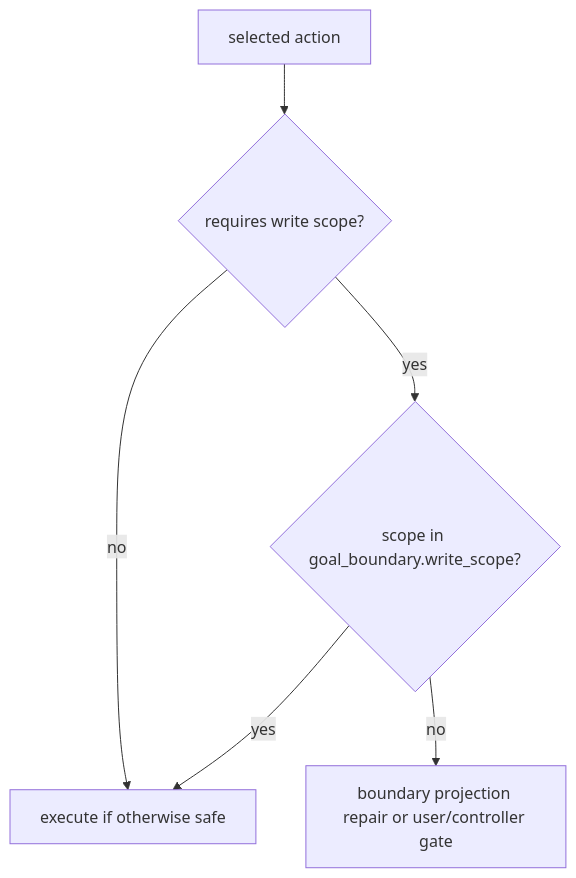
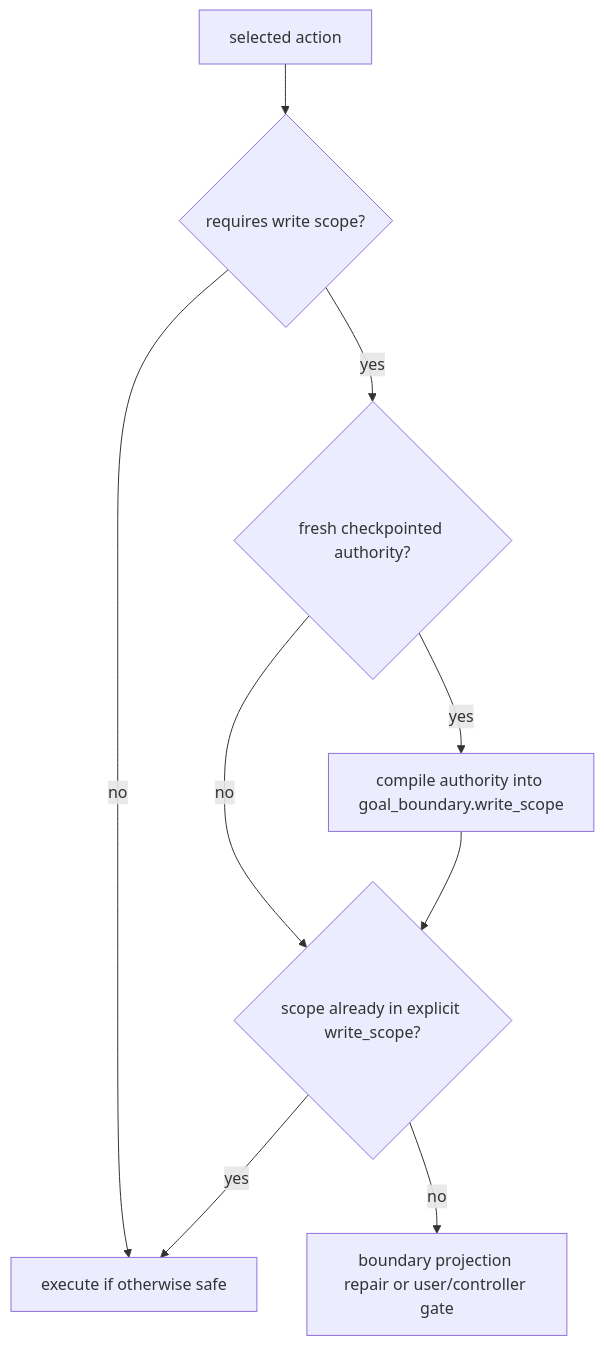
Before and after one commit to huangruiteng/goal-harness: the seventh of 11 diagrams in docs/interaction-pattern-catalog.md, drawn with Mermaid. The commit also changed other lines of this file and 4 other files, not shown here.

Commit message:
Document checkpointed boundary authority

````diff
--- a/docs/interaction-pattern-catalog.md
+++ b/docs/interaction-pattern-catalog.md
@@ -275,8 +291,11 @@
 ```mermaid
 flowchart TD
   A["selected action"] --> S{"requires write scope?"}
   S -->|"no"| E["execute if otherwise safe"]
-  S -->|"yes"| B{"scope in goal_boundary.write_scope?"}
+  S -->|"yes"| C{"fresh checkpointed authority?"}
+  C -->|"yes"| P["compile authority into goal_boundary.write_scope"]
+  C -->|"no"| B{"scope already in explicit write_scope?"}
+  P --> B
   B -->|"yes"| E
   B -->|"no"| R["boundary projection repair or user/controller gate"]
 ```
````
